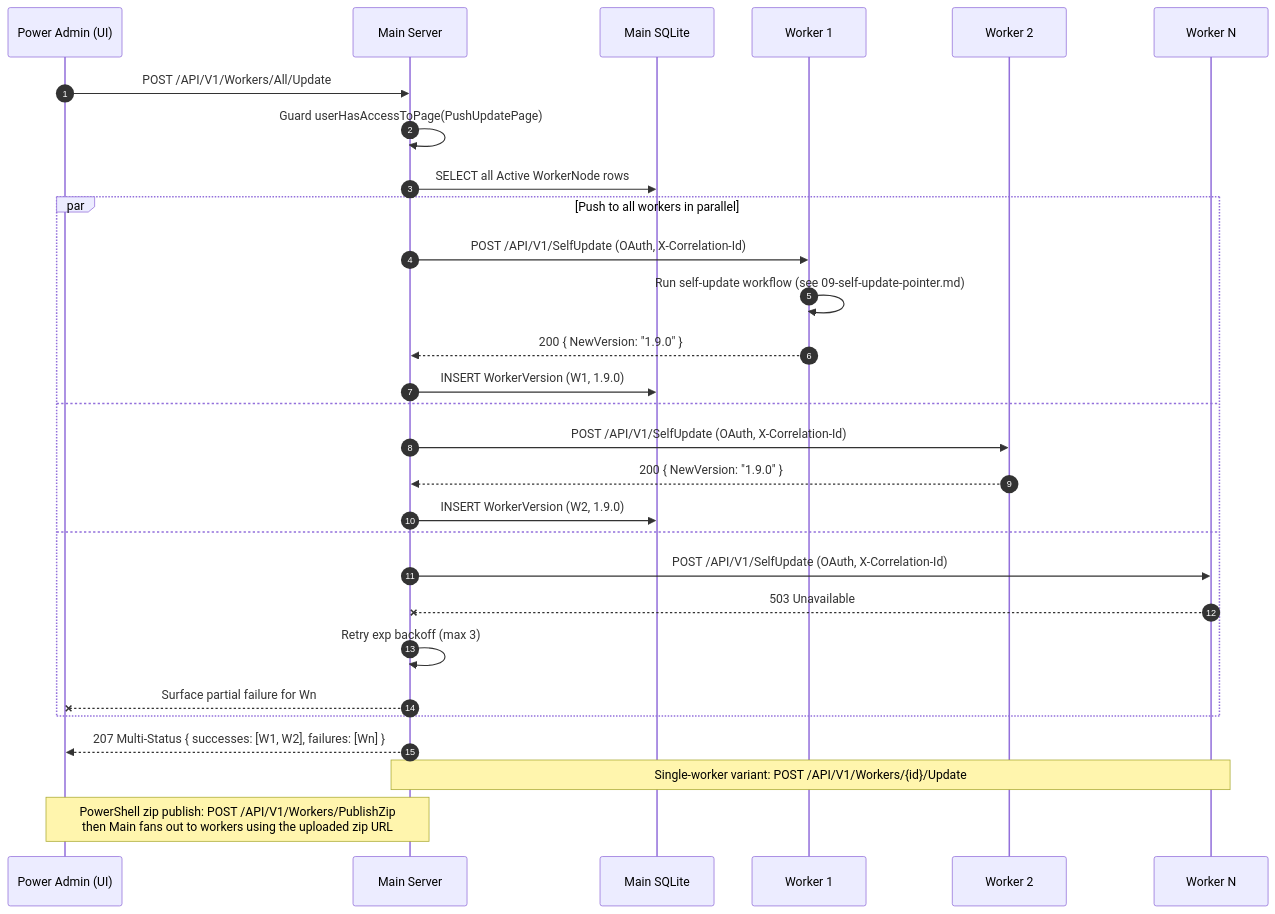
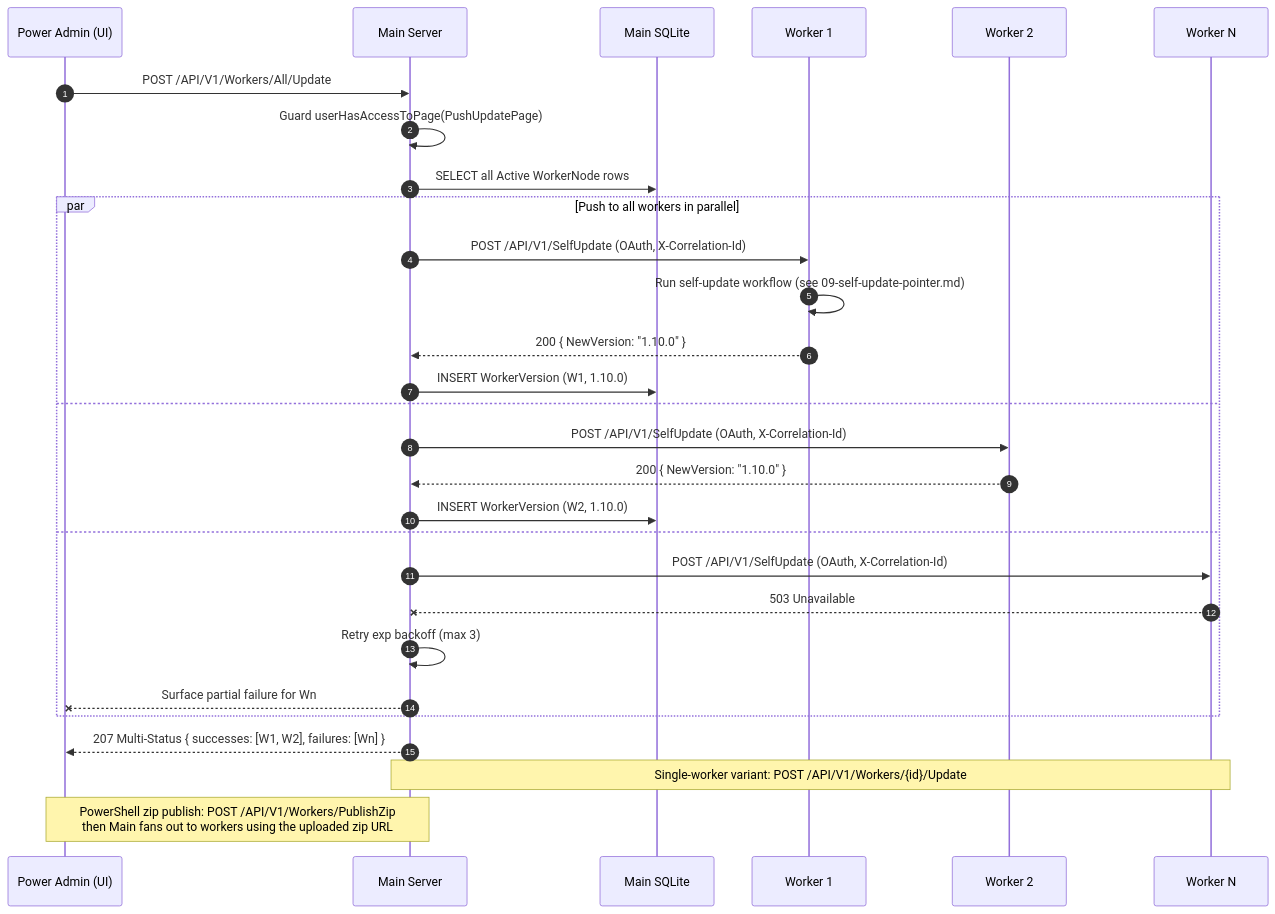
One commit to alimtvnetwork/prompt-architect-v2 changed the diagram in spec/19-main-worker-service/diagrams/seq-push-update.mmd. Above: the diagram before and after it, drawn with Mermaid. The commit also changed 21 other files, not shown here.

```diff
--- a/spec/19-main-worker-service/diagrams/seq-push-update.mmd
+++ b/spec/19-main-worker-service/diagrams/seq-push-update.mmd
@@ -1,43 +1,43 @@
 %% ==========================================================
 %% NON-AUTHORITATIVE PROJECTION
 %% ==========================================================
 %% Subject:        Power-Admin push-update fan-out
 %% Authoritative:  spec/14-update/28-worker-push-instruction.md + spec/19/15-tunable-constants.md
 %% Status:         Illustrative only. If this diagram disagrees
 %%                 with the authoritative spec(s) above, the
 %%                 spec wins and this file is the bug.
 %% Banner version: 1.0.0 (2026-05-04, audit fix #9)
 %% ==========================================================
 sequenceDiagram
     autonumber
     participant Admin as Power Admin (UI)
     participant Main as Main Server
     participant DB as Main SQLite
     participant W1 as Worker 1
     participant W2 as Worker 2
     participant Wn as Worker N
 
     Admin->>Main: POST /API/V1/Workers/All/Update
     Main->>Main: Guard userHasAccessToPage(PushUpdatePage)
     Main->>DB: SELECT all Active WorkerNode rows
 
     par Push to all workers in parallel
         Main->>W1: POST /API/V1/SelfUpdate (OAuth, X-Correlation-Id)
         W1->>W1: Run self-update workflow (see 09-self-update-pointer.md)
-        W1-->>Main: 200 { NewVersion: "1.9.0" }
-        Main->>DB: INSERT WorkerVersion (W1, 1.9.0)
+        W1-->>Main: 200 { NewVersion: "1.10.0" }
+        Main->>DB: INSERT WorkerVersion (W1, 1.10.0)
     and
         Main->>W2: POST /API/V1/SelfUpdate (OAuth, X-Correlation-Id)
-        W2-->>Main: 200 { NewVersion: "1.9.0" }
-        Main->>DB: INSERT WorkerVersion (W2, 1.9.0)
+        W2-->>Main: 200 { NewVersion: "1.10.0" }
+        Main->>DB: INSERT WorkerVersion (W2, 1.10.0)
     and
         Main->>Wn: POST /API/V1/SelfUpdate (OAuth, X-Correlation-Id)
         Wn--xMain: 503 Unavailable
         Main->>Main: Retry exp backoff (max 3)
         Main--xAdmin: Surface partial failure for Wn
     end
 
     Main-->>Admin: 207 Multi-Status { successes: [W1, W2], failures: [Wn] }
 
     Note over Main,Wn: Single-worker variant: POST /API/V1/Workers/{id}/Update
     Note over Admin,Main: PowerShell zip publish: POST /API/V1/Workers/PublishZip<br/>then Main fans out to workers using the uploaded zip URL
```
